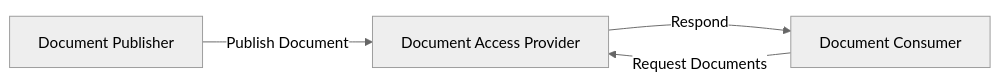
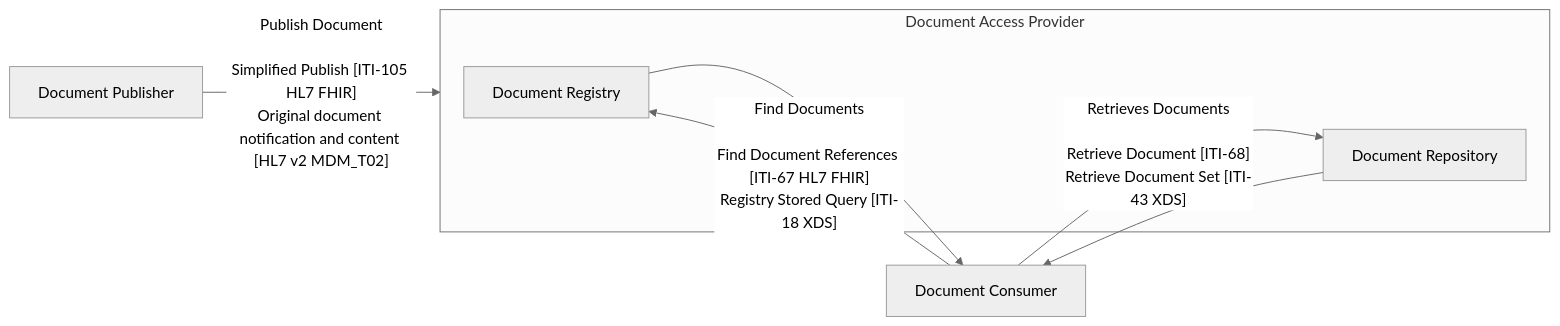
Before and after one commit to nw-gmsa/nw-gmsa.github.com: the first of 3 diagrams in input/pagecontent/HIE.md, drawn with Mermaid (neutral theme). The commit also changed other lines of this file, not shown here.

Commit message:
Added oid for Specialty.fsh

````diff
--- a/input/pagecontent/HIE.md
+++ b/input/pagecontent/HIE.md
@@ -26,11 +26,16 @@
 ```mermaid
 graph LR
 
-publisher[Document Publisher]
-provider[Document Access Provider]
-consumer[Document Consumer]
+    publisher[Document Publisher]
+    subgraph provider[Document Access Provider]
+        registry[Document Registry]
+        repository[Document Repository]
+    end
+    consumer[Document Consumer]
 
-publisher --> |Publish Document| provider
-consumer --> |Request Documents| provider
-provider --> |Respond| consumer
+    publisher --> |"Publish Document<br/><br/>Simplified Publish [ITI-105 HL7 FHIR]<br/>Original document notification and content [HL7 v2 MDM_T02]"| provider
+    consumer --> |"Find Documents<br/><br/>Find Document References [ITI-67 HL7 FHIR]<br/>Registry Stored Query [ITI-18 XDS]"| registry
+    consumer --> |"Retrieves Documents<br/><br/>Retrieve Document [ITI-68]<br/>Retrieve Document Set [ITI-43 XDS]"| repository
+    registry --> consumer
+    repository -->  consumer
 ```
````
